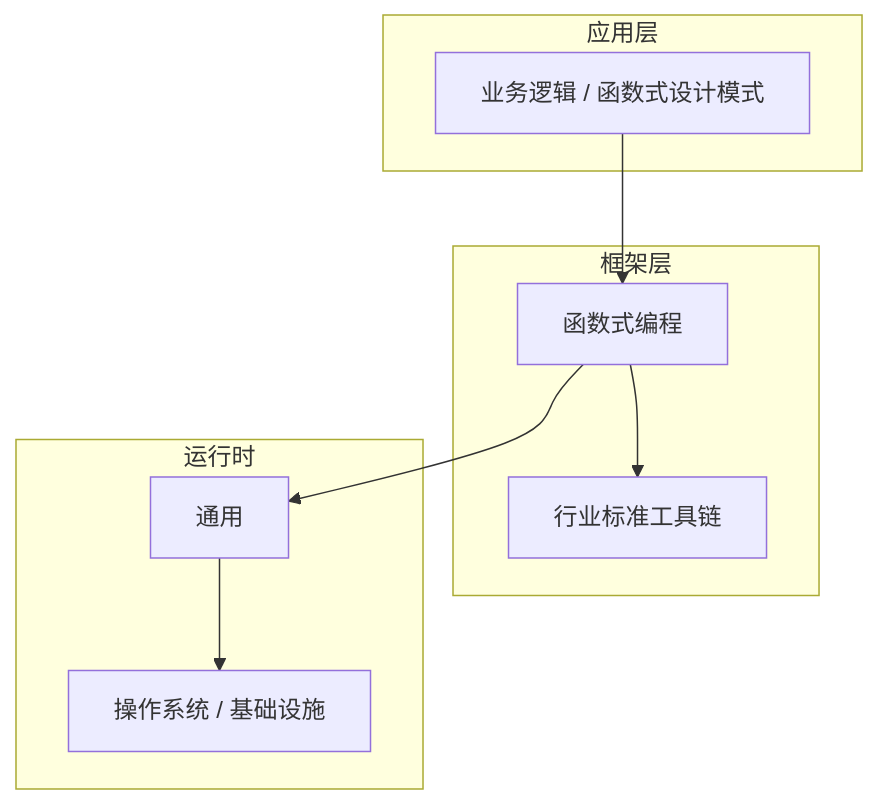
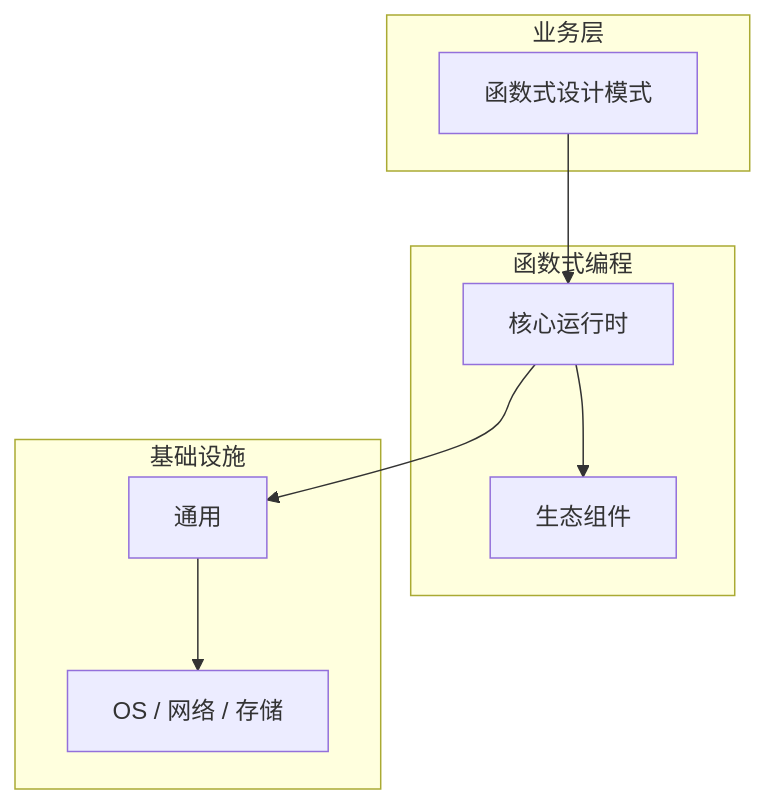
Before and after one commit to yanggan2015/knowledge-json-v2: the diagram in articles/函数式编程/chapters/076-函数式设计模式核心概念与原理.md, drawn with Mermaid. The commit also changed other lines of this file and 10127 other files, not shown here.

````diff
--- a/articles/函数式编程/chapters/076-函数式设计模式核心概念与原理.md
+++ b/articles/函数式编程/chapters/076-函数式设计模式核心概念与原理.md
@@ -45,18 +34,18 @@
 ```mermaid
 graph TB
-    subgraph 应用层
-        A[业务逻辑 / 函数式设计模式]
+    subgraph 业务层
+        A[函数式设计模式]
     end
-    subgraph 框架层
-        B[函数式编程]
-        C[行业标准工具链]
+    subgraph 函数式编程
+        B[核心运行时]
+        C[生态组件]
     end
-    subgraph 运行时
+    subgraph 基础设施
         D[通用]
-        E[操作系统 / 基础设施]
+        E[OS / 网络 / 存储]
     end
     A --> B
     B --> C
     B --> D
     D --> E
 ```
````
